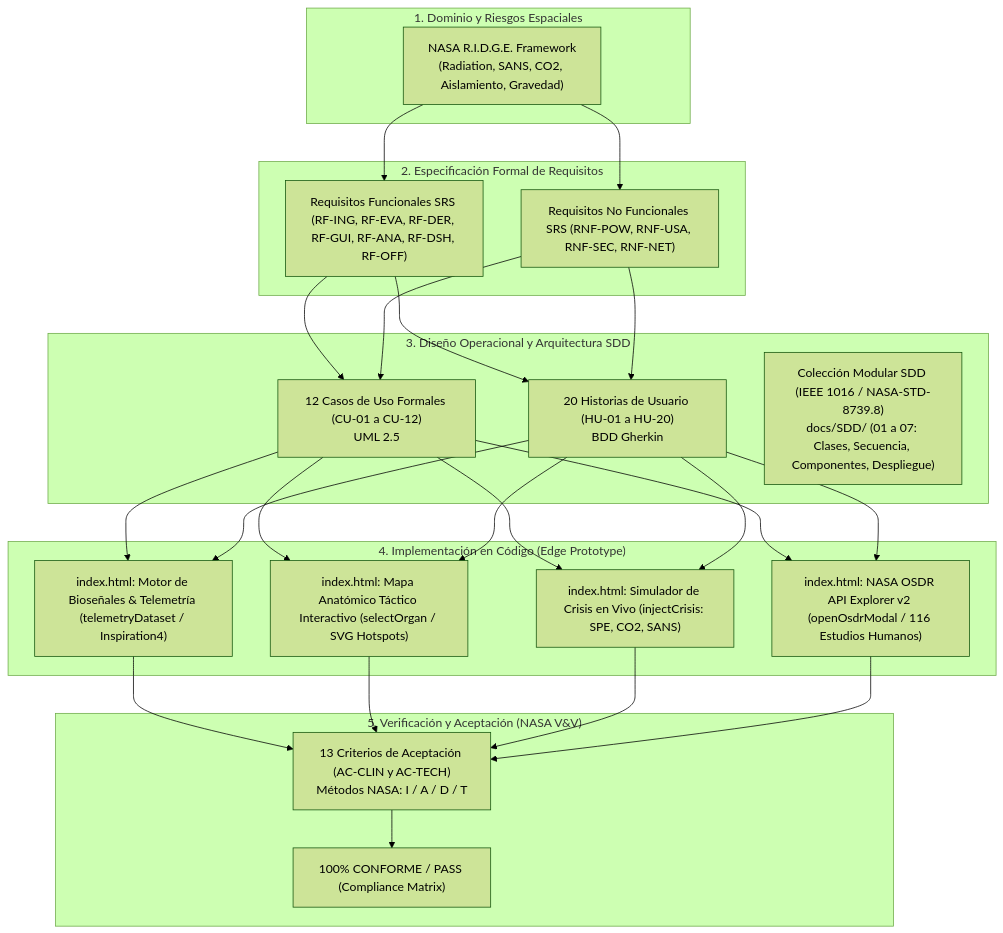
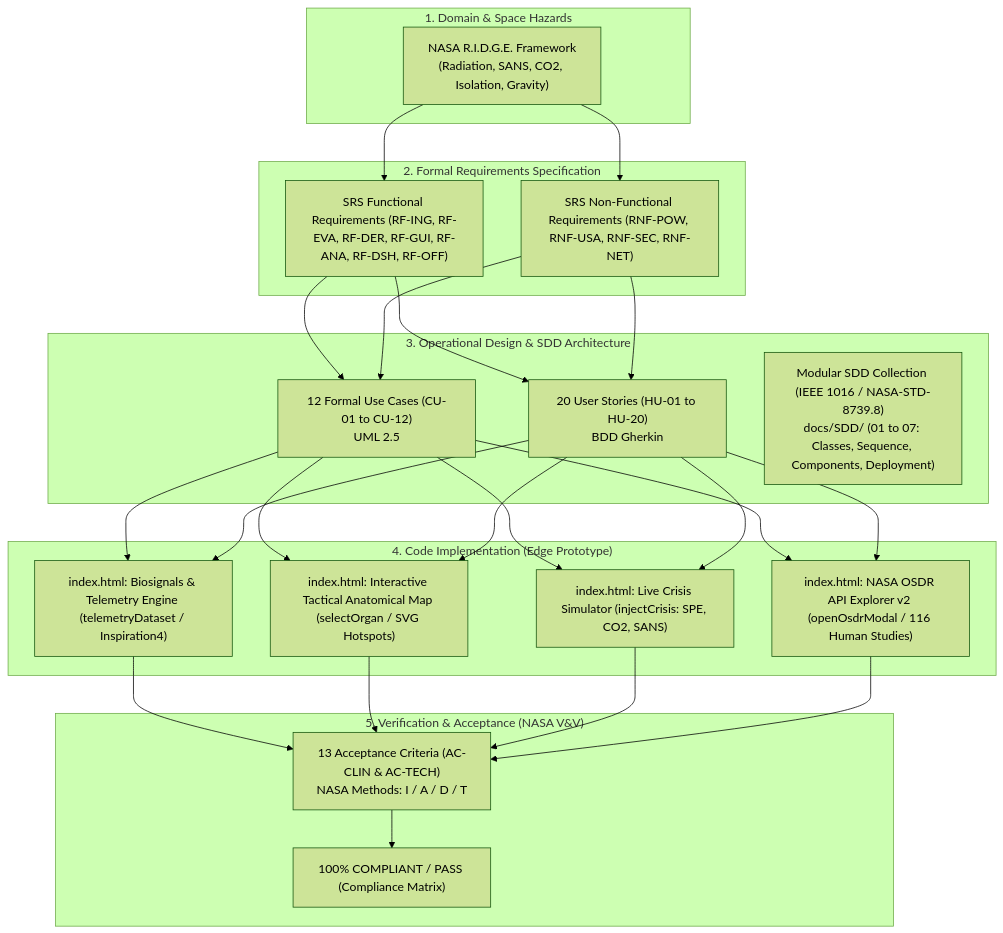
One commit to angelcontres/ASTHA-SpaceApps changed the diagram in docs/MATRIZ_DE_TRAZABILIDAD_RTM.md. Above: the diagram before and after it, drawn with Mermaid (forest theme). The commit also changed other lines of this file and 46 other files, not shown here.

````diff
--- a/docs/MATRIZ_DE_TRAZABILIDAD_RTM.md
+++ b/docs/MATRIZ_DE_TRAZABILIDAD_RTM.md
@@ -18,49 +18,49 @@
 ```mermaid
 flowchart TD
-    subgraph Dominio["1. Dominio y Riesgos Espaciales"]
-        R1["NASA R.I.D.G.E. Framework<br/>(Radiation, SANS, CO2, Aislamiento, Gravedad)"]
+    subgraph Dominio["1. Domain & Space Hazards"]
+        R1["NASA R.I.D.G.E. Framework<br/>(Radiation, SANS, CO2, Isolation, Gravity)"]
     end
 
-    subgraph Especificacion["2. Especificación Formal de Requisitos"]
-        SRS_F["Requisitos Funcionales SRS (RF-ING, RF-EVA, RF-DER, RF-GUI, RF-ANA, RF-DSH, RF-OFF)"]
-        SRS_NF["Requisitos No Funcionales SRS (RNF-POW, RNF-USA, RNF-SEC, RNF-NET)"]
+    subgraph Especificacion["2. Formal Requirements Specification"]
+        SRS_F["SRS Functional Requirements (RF-ING, RF-EVA, RF-DER, RF-GUI, RF-ANA, RF-DSH, RF-OFF)"]
+        SRS_NF["SRS Non-Functional Requirements (RNF-POW, RNF-USA, RNF-SEC, RNF-NET)"]
     end
 
-    subgraph DisenoAgil["3. Diseño Operacional y Arquitectura SDD"]
-        CU["12 Casos de Uso Formales (CU-01 a CU-12)<br/>UML 2.5"]
-        HU["20 Historias de Usuario (HU-01 a HU-20)<br/>BDD Gherkin"]
-        SDD["Colección Modular SDD (IEEE 1016 / NASA-STD-8739.8)<br/>docs/SDD/ (01 a 07: Clases, Secuencia, Componentes, Despliegue)"]
+    subgraph DisenoAgil["3. Operational Design & SDD Architecture"]
+        CU["12 Formal Use Cases (CU-01 to CU-12)<br/>UML 2.5"]
+        HU["20 User Stories (HU-01 to HU-20)<br/>BDD Gherkin"]
+        SDD["Modular SDD Collection (IEEE 1016 / NASA-STD-8739.8)<br/>docs/SDD/ (01 to 07: Classes, Sequence, Components, Deployment)"]
     end
 
-    subgraph Implementacion["4. Implementación en Código (Edge Prototype)"]
-        CODE1["index.html: Motor de Bioseñales & Telemetría (telemetryDataset / Inspiration4)"]
-        CODE2["index.html: Mapa Anatómico Táctico Interactivo (selectOrgan / SVG Hotspots)"]
-        CODE3["index.html: Simulador de Crisis en Vivo (injectCrisis: SPE, CO2, SANS)"]
-        CODE4["index.html: NASA OSDR API Explorer v2 (openOsdrModal / 116 Estudios Humanos)"]
+    subgraph Implementacion["4. Code Implementation (Edge Prototype)"]
+        CODE1["index.html: Biosignals & Telemetry Engine (telemetryDataset / Inspiration4)"]
+        CODE2["index.html: Interactive Tactical Anatomical Map (selectOrgan / SVG Hotspots)"]
+        CODE3["index.html: Live Crisis Simulator (injectCrisis: SPE, CO2, SANS)"]
+        CODE4["index.html: NASA OSDR API Explorer v2 (openOsdrModal / 116 Human Studies)"]
     end
 
-    subgraph Validacion["5. Verificación y Aceptación (NASA V&V)"]
-        AC["13 Criterios de Aceptación (AC-CLIN y AC-TECH)<br/>Métodos NASA: I / A / D / T"]
-        PASS["100% CONFORME / PASS (Compliance Matrix)"]
+    subgraph Validacion["5. Verification & Acceptance (NASA V&V)"]
+        AC["13 Acceptance Criteria (AC-CLIN & AC-TECH)<br/>NASA Methods: I / A / D / T"]
+        PASS["100% COMPLIANT / PASS (Compliance Matrix)"]
     end
 
     R1 --> SRS_F
     R1 --> SRS_NF
     SRS_F --> CU
     SRS_F --> HU
     SRS_NF --> CU
     SRS_NF --> HU
     CU --> CODE1
     CU --> CODE2
     CU --> CODE3
     CU --> CODE4
     HU --> CODE1
     HU --> CODE2
     HU --> CODE3
     HU --> CODE4
     CODE1 --> AC
     CODE2 --> AC
     CODE3 --> AC
     CODE4 --> AC
     AC --> PASS
 ```
````
